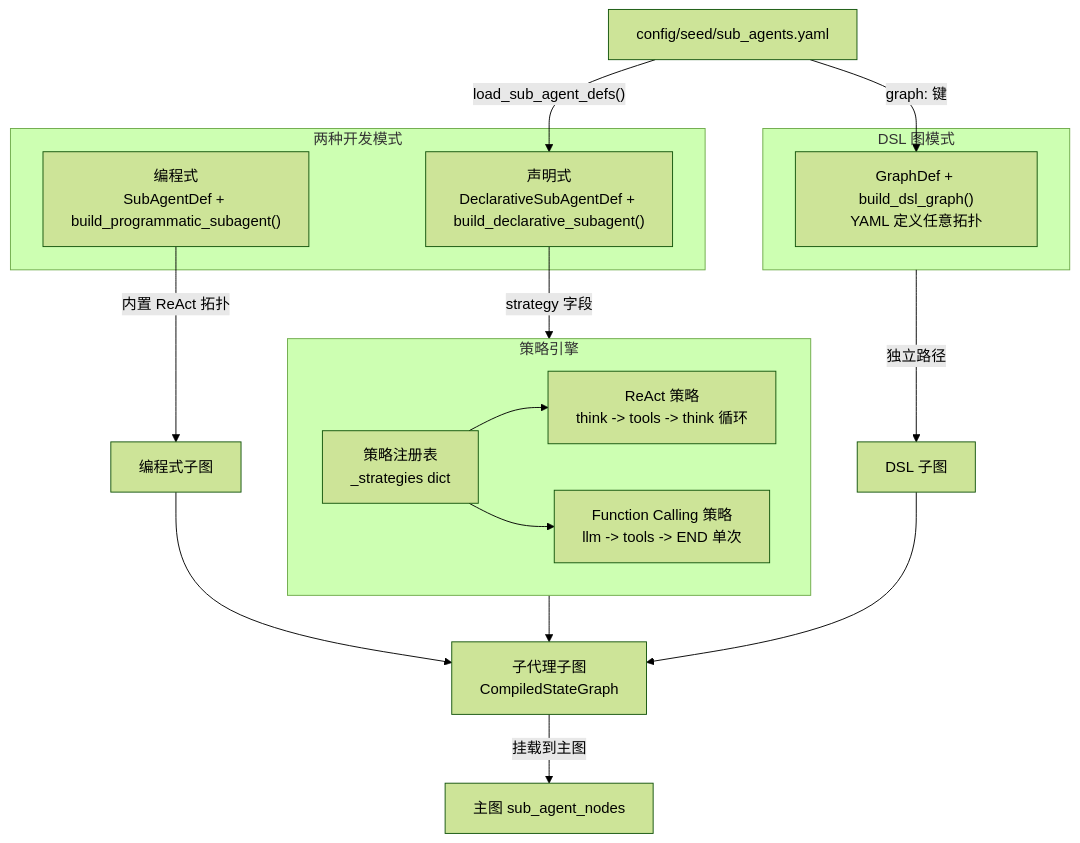
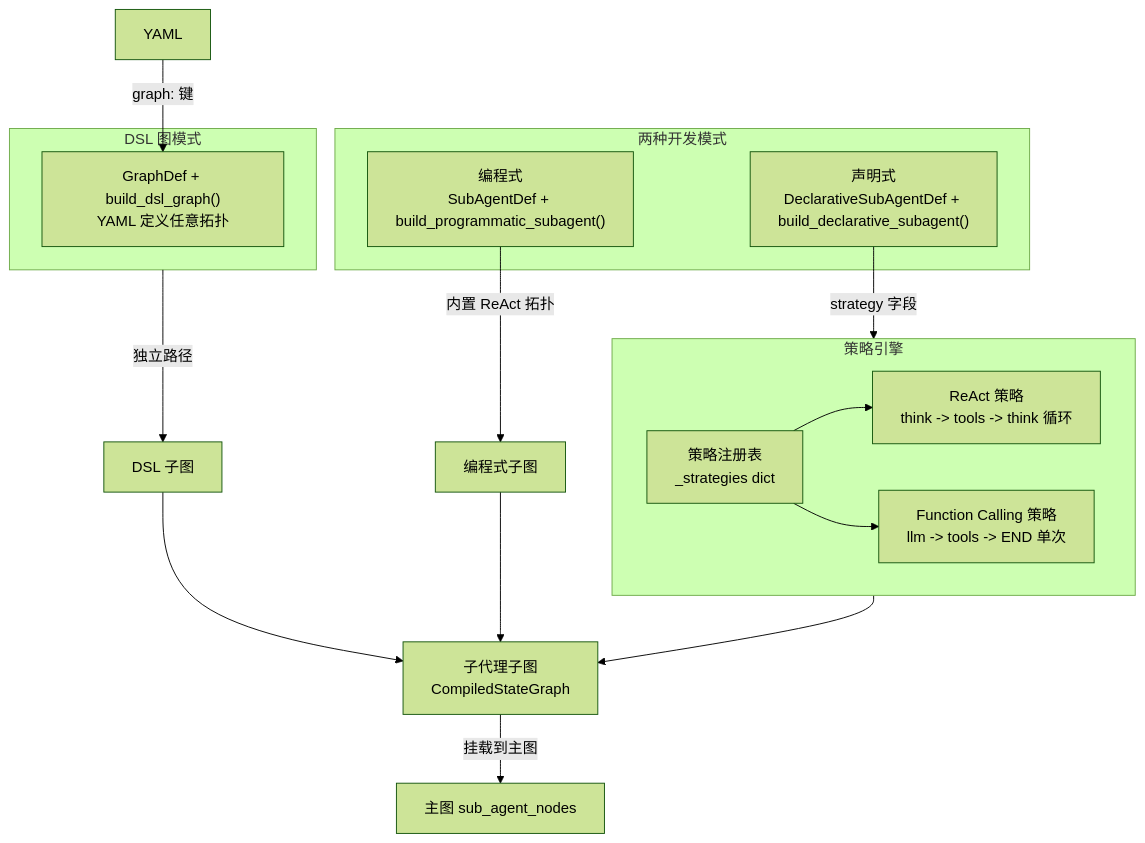
The diagram in doc/modules/agents.md (heelynn/artipivot), drawn with Mermaid (forest theme) before and after one commit. The commit also changed other lines of this file and 57 other files, not shown here.

````diff
--- a/doc/modules/agents.md
+++ b/doc/modules/agents.md
@@ -5,29 +5,28 @@
 ```mermaid
 flowchart TD
     subgraph Strategies["策略引擎"]
         Reg["策略注册表<br/>_strategies dict"]
         Reg --> ReAct["ReAct 策略<br/>think -> tools -> think 循环"]
         Reg --> FC["Function Calling 策略<br/>llm -> tools -> END 单次"]
     end
 
     subgraph Modes["两种开发模式"]
         Prog["编程式<br/>SubAgentDef + build_programmatic_subagent()"]
         Decl["声明式<br/>DeclarativeSubAgentDef + build_declarative_subagent()"]
     end
 
     subgraph DSL["DSL 图模式"]
         GD["GraphDef + build_dsl_graph()<br/>YAML 定义任意拓扑"]
     end
 
     Decl -->|"strategy 字段"| Strategies
     Prog -->|"内置 ReAct 拓扑"| ProgGraph["编程式子图"]
     DSL -->|"独立路径"| DSLGraph["DSL 子图"]
 
     Strategies --> SubGraph["子代理子图<br/>CompiledStateGraph"]
     ProgGraph --> SubGraph
     DSLGraph --> SubGraph
     SubGraph -->|"挂载到主图"| MainGraph["主图 sub_agent_nodes"]
 
-    YAML["config/seed/sub_agents.yaml"] -->|"load_sub_agent_defs()"| Decl
     YAML -->|"graph: 键"| GD
 ```
````
